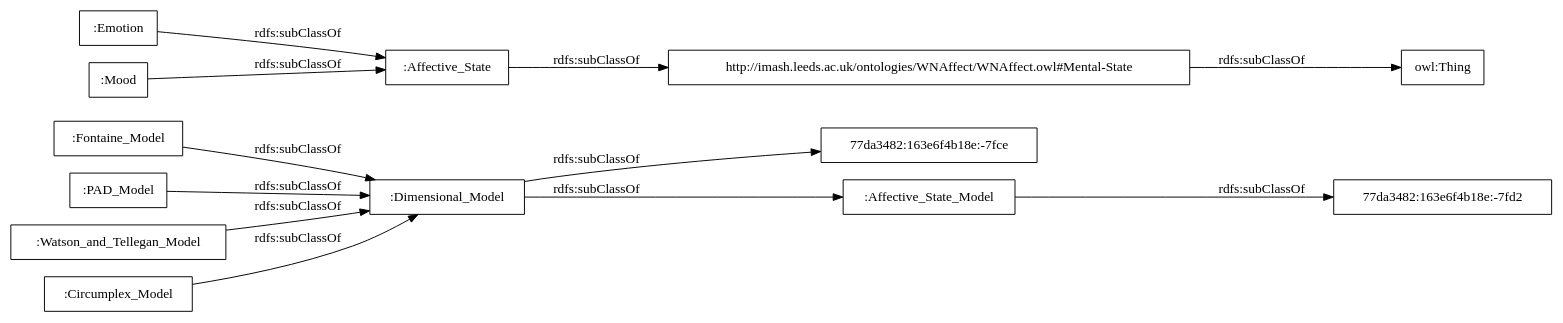
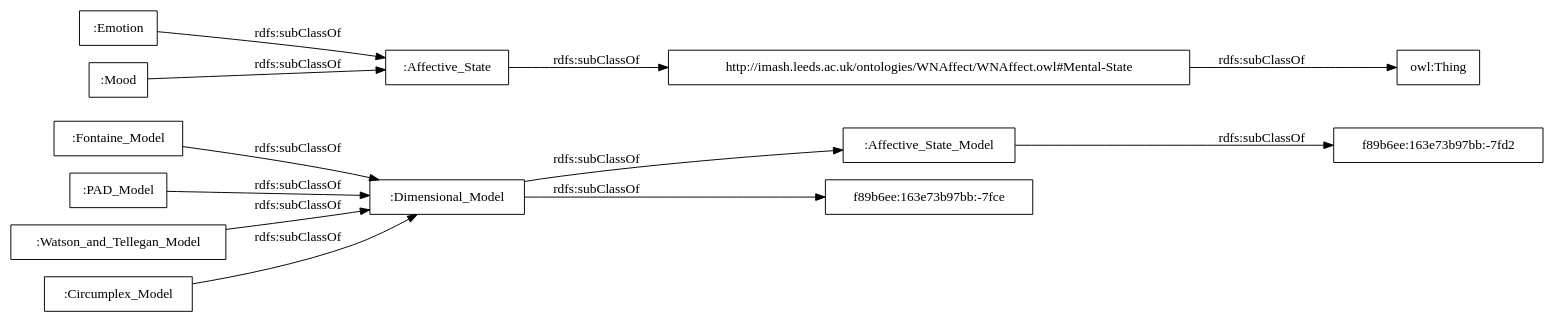
Before and after one commit to rana-othman/HASIO-Modularization: the diagram in OnToology/Affective_States_Dimensional_Model_Module.owl/diagrams/ar2dtool-taxonomy/Affective_States_Dimensional_Model_Module.owl.png.dot, drawn with Graphviz. The commit also changed 44 other files, not shown here.

```diff
--- a/OnToology/Affective_States_Dimensional_Model_Module.owl/diagrams/ar2dtool-taxonomy/Affective_States_Dimensional_Model_Module.owl.png.dot
+++ b/OnToology/Affective_States_Dimensional_Model_Module.owl/diagrams/ar2dtool-taxonomy/Affective_States_Dimensional_Model_Module.owl.png.dot
@@ -1,17 +1,17 @@
 digraph ar2dtool_diagram { 
 rankdir=LR;
 size="1000"
-node [shape = rectangle, color="black"]; ":Dimensional_Model" ":Fontaine_Model" ":PAD_Model" ":Emotion" ":Mood" ":Affective_State" "77da3482:163e6f4b18e:-7fce" "77da3482:163e6f4b18e:-7fd2" ":Watson_and_Tellegan_Model" "http://imash.leeds.ac.uk/ontologies/WNAffect/WNAffect.owl#Mental-State" ":Affective_State_Model" ":Circumplex_Model" ; /*classes style*/
-	":Dimensional_Model" -> "77da3482:163e6f4b18e:-7fce" [ label = "rdfs:subClassOf" ];
+node [shape = rectangle, color="black"]; ":Dimensional_Model" ":Fontaine_Model" ":PAD_Model" ":Emotion" ":Mood" ":Affective_State" ":Watson_and_Tellegan_Model" "http://imash.leeds.ac.uk/ontologies/WNAffect/WNAffect.owl#Mental-State" ":Affective_State_Model" ":Circumplex_Model" "f89b6ee:163e73b97bb:-7fce" "f89b6ee:163e73b97bb:-7fd2" ; /*classes style*/
+	":Dimensional_Model" -> "f89b6ee:163e73b97bb:-7fce" [ label = "rdfs:subClassOf" ];
 	":Dimensional_Model" -> ":Affective_State_Model" [ label = "rdfs:subClassOf" ];
 	":Affective_State" -> "http://imash.leeds.ac.uk/ontologies/WNAffect/WNAffect.owl#Mental-State" [ label = "rdfs:subClassOf" ];
 	":Circumplex_Model" -> ":Dimensional_Model" [ label = "rdfs:subClassOf" ];
-	":Affective_State_Model" -> "77da3482:163e6f4b18e:-7fd2" [ label = "rdfs:subClassOf" ];
+	":Affective_State_Model" -> "f89b6ee:163e73b97bb:-7fd2" [ label = "rdfs:subClassOf" ];
 	"http://imash.leeds.ac.uk/ontologies/WNAffect/WNAffect.owl#Mental-State" -> "owl:Thing" [ label = "rdfs:subClassOf" ];
 	":Fontaine_Model" -> ":Dimensional_Model" [ label = "rdfs:subClassOf" ];
 	":PAD_Model" -> ":Dimensional_Model" [ label = "rdfs:subClassOf" ];
 	":Mood" -> ":Affective_State" [ label = "rdfs:subClassOf" ];
 	":Emotion" -> ":Affective_State" [ label = "rdfs:subClassOf" ];
 	":Watson_and_Tellegan_Model" -> ":Dimensional_Model" [ label = "rdfs:subClassOf" ];
 
 }
```
